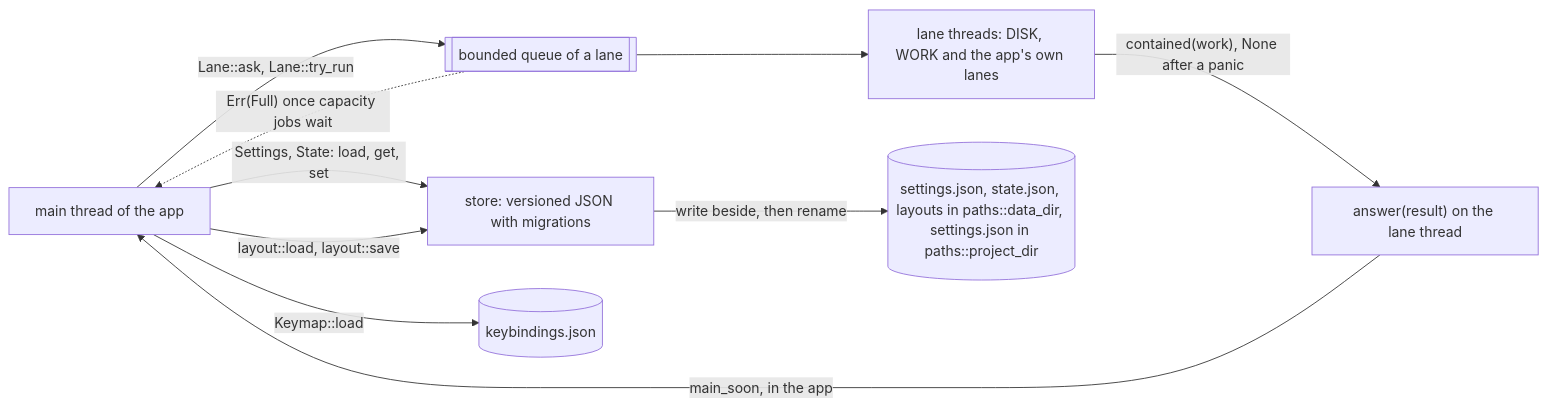
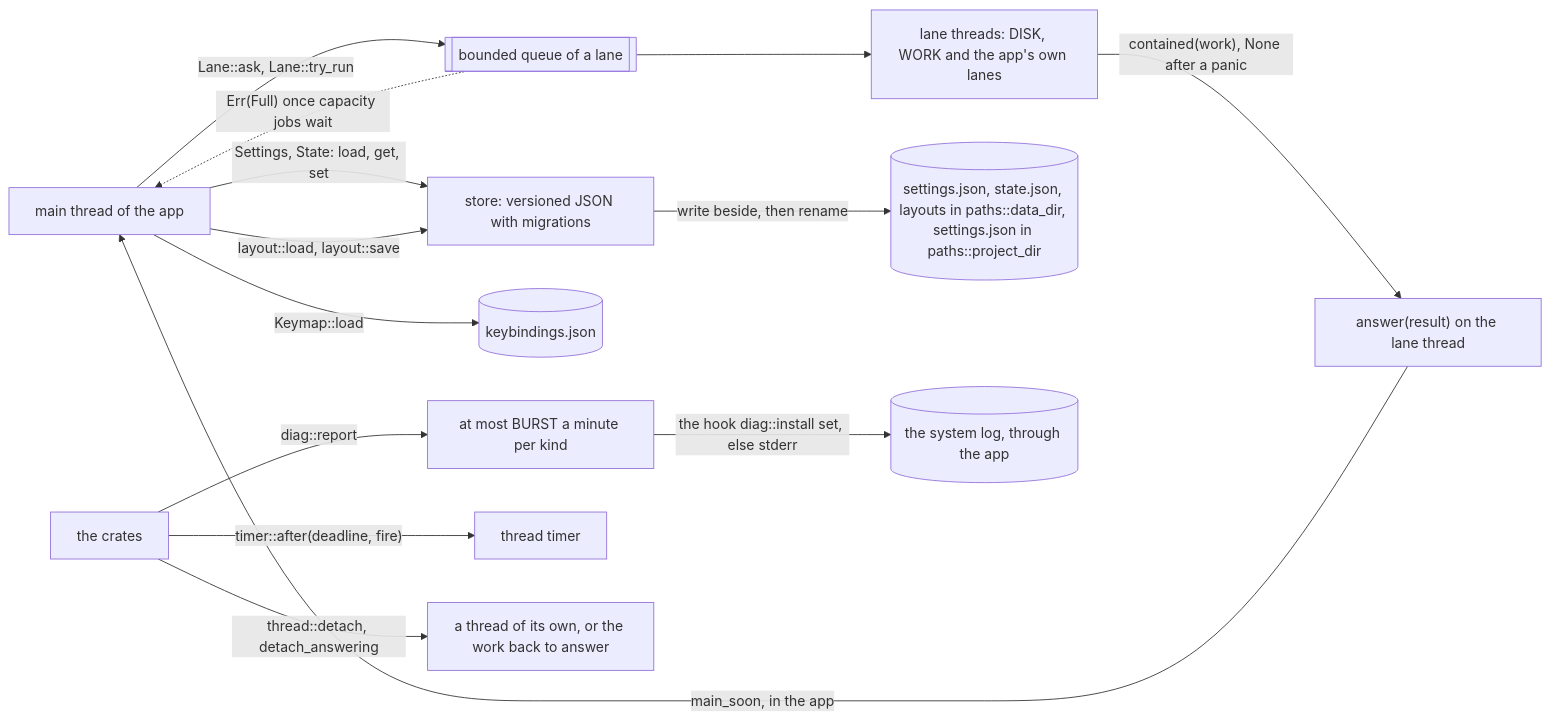
The diagram in crates/ide-core/README.md (sventmueller/dango), drawn with Mermaid before and after one commit. The commit also changed other lines of this file and 691 other files, not shown here.

````diff
--- a/crates/ide-core/README.md
+++ b/crates/ide-core/README.md
@@ -7,12 +10,16 @@
 ```mermaid
 flowchart LR
     main["main thread of the app"] -->|"Lane::ask, Lane::try_run"| queue[["bounded queue of a lane"]]
     queue -.->|"Err(Full) once capacity jobs wait"| main
     queue --> workers["lane threads: DISK, WORK and the app's own lanes"]
     workers -->|"contained(work), None after a panic"| answer["answer(result) on the lane thread"]
     answer -->|"main_soon, in the app"| main
     main -->|"Settings, State: load, get, set"| store["store: versioned JSON with migrations"]
     main -->|"layout::load, layout::save"| store
     store -->|"write beside, then rename"| files[("settings.json, state.json, layouts in paths::data_dir, settings.json in paths::project_dir")]
     main -->|"Keymap::load"| keys[("keybindings.json")]
+    crates["the crates"] -->|"diag::report"| limit["at most BURST a minute per kind"]
+    limit -->|"the hook diag::install set, else stderr"| log[("the system log, through the app")]
+    crates -->|"timer::after(deadline, fire)"| timer["thread timer"]
+    crates -->|"thread::detach, detach_answering"| own["a thread of its own, or the work back to answer"]
 ```
````
